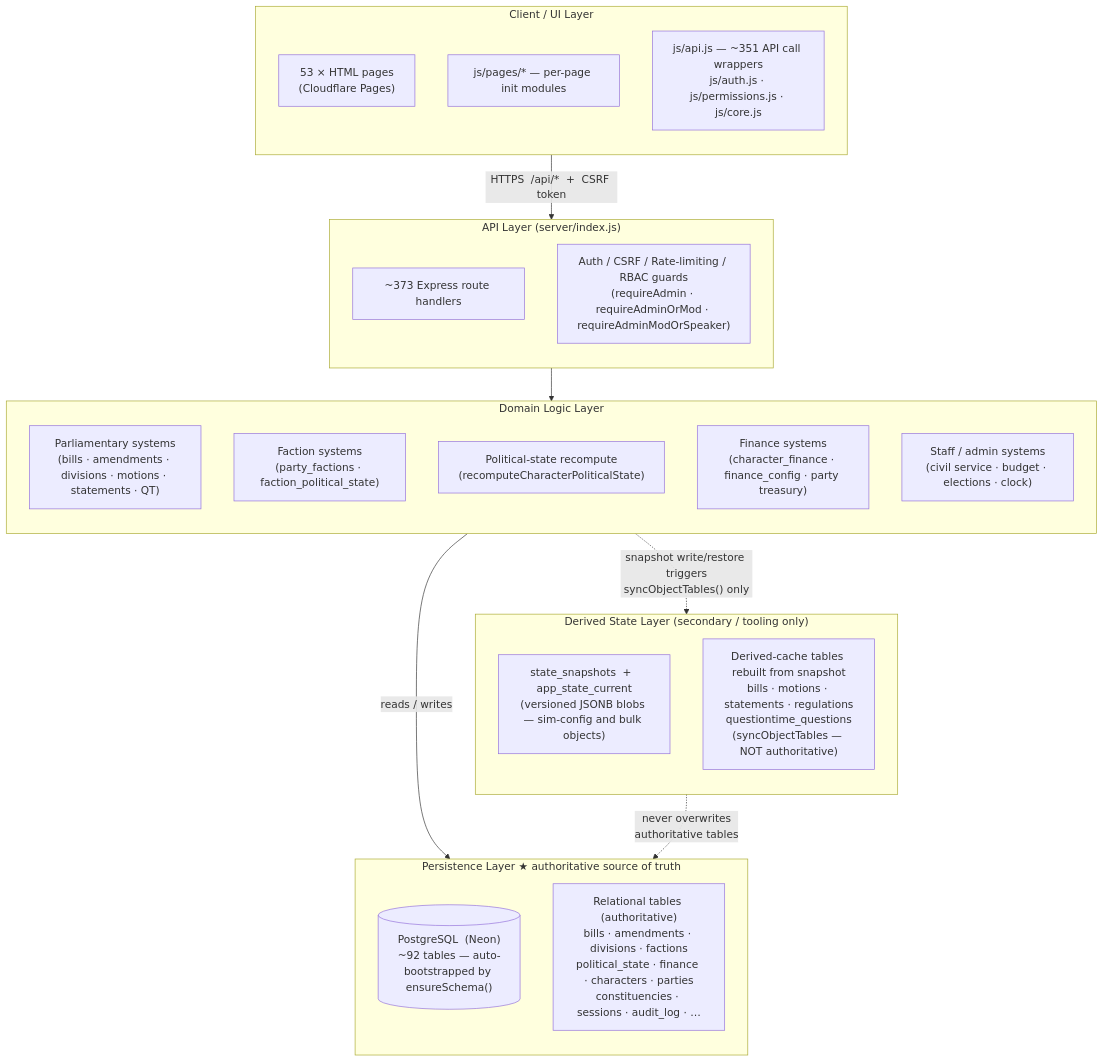
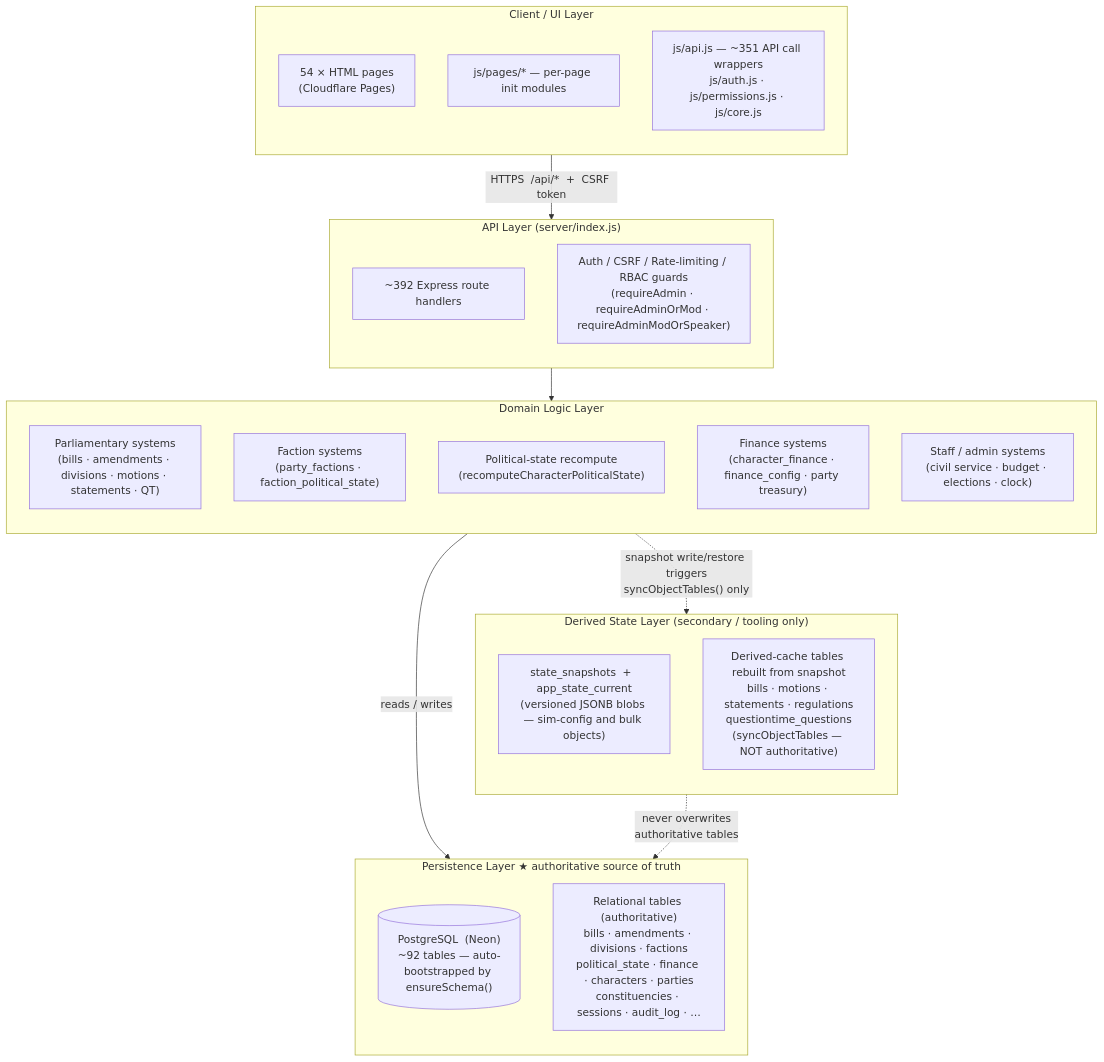
One commit to DaleW82003/rulebritannia-app changed the diagram in docs/architecture.md. Above: the diagram before and after it, drawn with Mermaid. The commit also changed other lines of this file and 5 other files, not shown here.

````diff
--- a/docs/architecture.md
+++ b/docs/architecture.md
@@ -20,42 +20,42 @@
 ```mermaid
 flowchart TD
     subgraph CLIENT["Client / UI Layer"]
         direction TB
-        PAGES["53 × HTML pages\n(Cloudflare Pages)"]
+        PAGES["54 × HTML pages\n(Cloudflare Pages)"]
         JSPAGES["js/pages/* — per-page init modules"]
         APIHELPERS["js/api.js — ~351 API call wrappers\njs/auth.js · js/permissions.js · js/core.js"]
     end
 
     subgraph API["API Layer  (server/index.js)"]
         direction TB
-        ROUTES["~373 Express route handlers"]
+        ROUTES["~392 Express route handlers"]
         RBAC["Auth / CSRF / Rate-limiting / RBAC guards\n(requireAdmin · requireAdminOrMod · requireAdminModOrSpeaker)"]
     end
 
     subgraph DOMAIN["Domain Logic Layer"]
         direction TB
         PARL["Parliamentary systems\n(bills · amendments · divisions · motions · statements · QT)"]
         FACTIONS["Faction systems\n(party_factions · faction_political_state)"]
         POLSTATE["Political-state recompute\n(recomputeCharacterPoliticalState)"]
         FINANCE["Finance systems\n(character_finance · finance_config · party treasury)"]
         STAFF["Staff / admin systems\n(civil service · budget · elections · clock)"]
     end
 
     subgraph PERSIST["Persistence Layer  ★ authoritative source of truth"]
         direction TB
         PG[("PostgreSQL  (Neon)\n~92 tables — auto-bootstrapped by ensureSchema()")]
         RELTABLES["Relational tables (authoritative)\nbills · amendments · divisions · factions\npolitical_state · finance · characters · parties\nconstituencies · sessions · audit_log · …"]
     end
 
     subgraph DERIVED["Derived State Layer  (secondary / tooling only)"]
         direction TB
         SNAP["state_snapshots  +  app_state_current\n(versioned JSONB blobs — sim-config and bulk objects)"]
         CACHE["Derived-cache tables rebuilt from snapshot\nbills · motions · statements · regulations\nquestiontime_questions\n(syncObjectTables — NOT authoritative)"]
     end
 
     CLIENT -->|"HTTPS  /api/*  +  CSRF token"| API
     API --> DOMAIN
     DOMAIN -->|"reads / writes"| PERSIST
     DOMAIN -.->|"snapshot write/restore triggers\nsyncObjectTables() only"| DERIVED
     DERIVED -. "never overwrites\nauthoritative tables" .-> PERSIST
 ```
````
